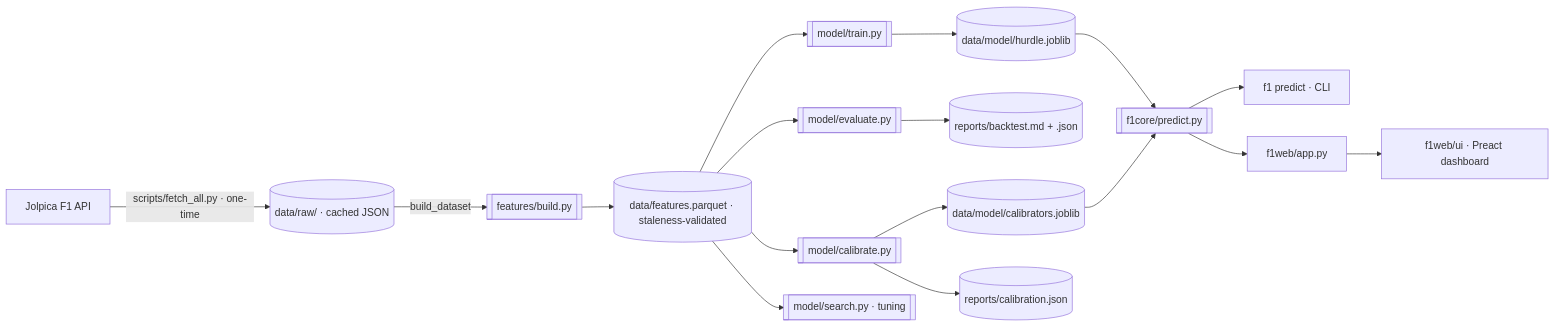
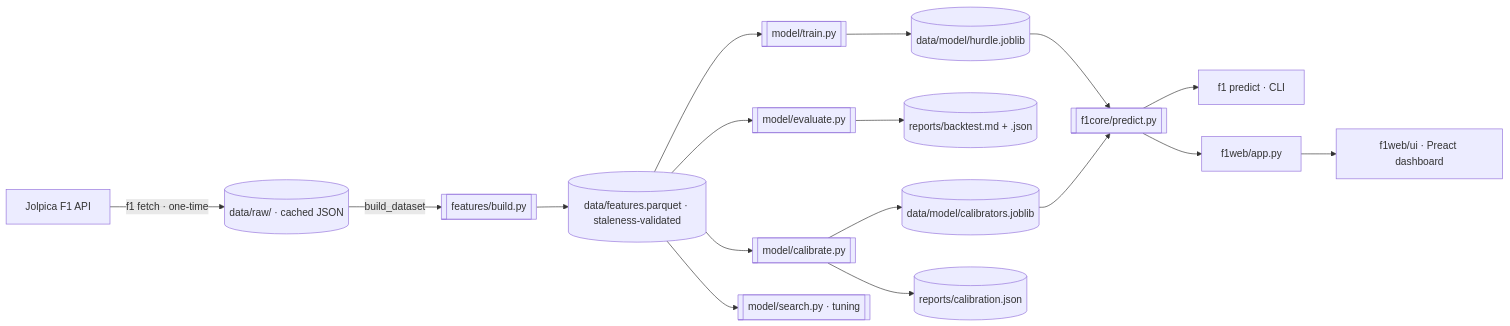
One commit to IUKomplexi/f1-result-predictor changed the second of 4 diagrams in README.md. Above: the diagram before and after it, drawn with Mermaid. The commit also changed other lines of this file and 15 other files, not shown here.

````diff
--- a/README.md
+++ b/README.md
@@ -246,19 +248,19 @@
 ```mermaid
 flowchart LR
-    JOL["Jolpica F1 API"] -->|"scripts/fetch_all.py · one-time"| RAW[("data/raw/ · cached JSON")]
+    JOL["Jolpica F1 API"] -->|"f1 fetch · one-time"| RAW[("data/raw/ · cached JSON")]
     RAW -->|"build_dataset"| FE[["features/build.py"]]
     FE --> DS[("data/features.parquet · staleness-validated")]
     DS --> TR[["model/train.py"]]
     DS --> EV[["model/evaluate.py"]]
     DS --> CA[["model/calibrate.py"]]
     DS --> SE[["model/search.py · tuning"]]
     TR --> CP[("data/model/hurdle.joblib")]
     CA --> CC[("data/model/calibrators.joblib")]
     CP --> PR[["f1core/predict.py"]]
     CC --> PR
     EV --> RB[("reports/backtest.md + .json")]
     CA --> RC[("reports/calibration.json")]
     PR --> CLI["f1 predict · CLI"]
     PR --> WB["f1web/app.py"]
     WB --> SPA["f1web/ui · Preact dashboard"]
 ```
````
